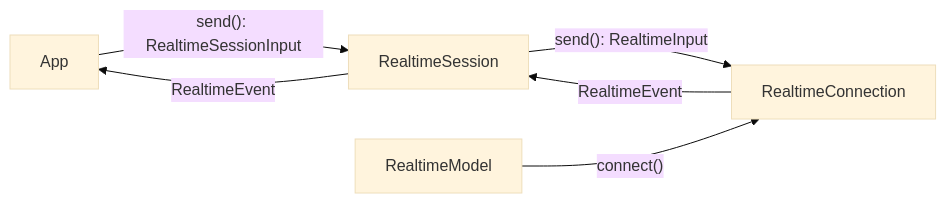
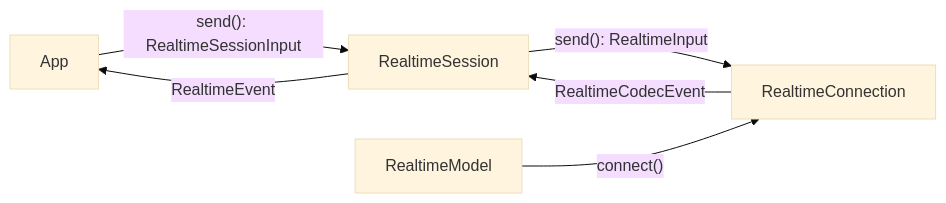
Before and after one commit to pydantic/pydantic-ai: the diagram in docs/api/realtime.md, drawn with Mermaid (base theme). The commit also changed other lines of this file and 6 other files, not shown here.

````diff
--- a/docs/api/realtime.md
+++ b/docs/api/realtime.md
@@ -15,8 +15,8 @@
 ```mermaid
 graph LR
     App -- "send(): RealtimeSessionInput" --> S[RealtimeSession]
     S -- "send(): RealtimeInput" --> C[RealtimeConnection]
     M[RealtimeModel] -- "connect()" --> C
-    C -- "RealtimeEvent" --> S
+    C -- "RealtimeCodecEvent" --> S
     S -- "RealtimeEvent" --> App
 ```
````
